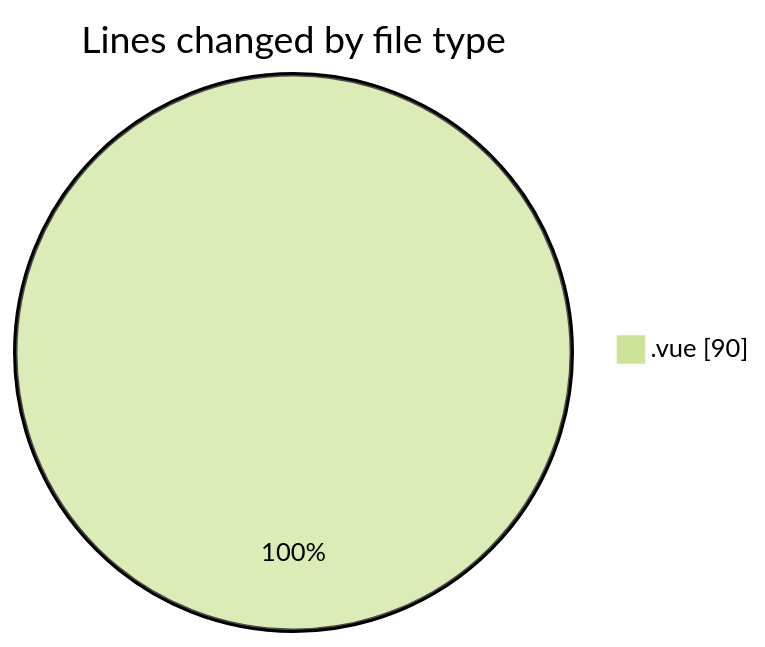
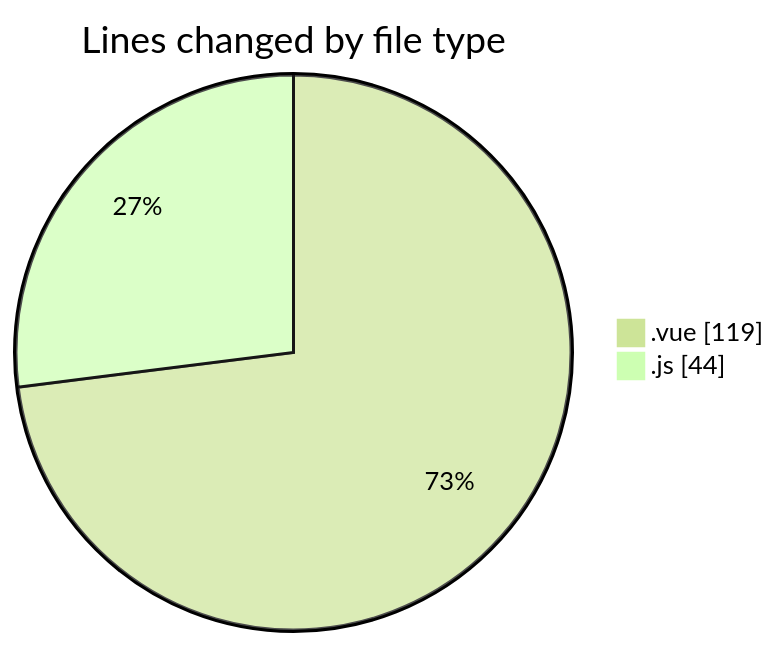
One commit to lephambinh05/code-tracking changed the first of 2 diagrams in 2025-08-12/rentotp/README.md. Above: the diagram before and after it, drawn with Mermaid (forest theme). The commit also changed other lines of this file and 1 other file, not shown here.

````diff
--- a/2025-08-12/rentotp/README.md
+++ b/2025-08-12/rentotp/README.md
@@ -20,5 +21,6 @@
 ```mermaid
 pie showData
 title Lines changed by file type
-".vue" : 90
+".vue" : 119
+".js" : 44
 ```
````
